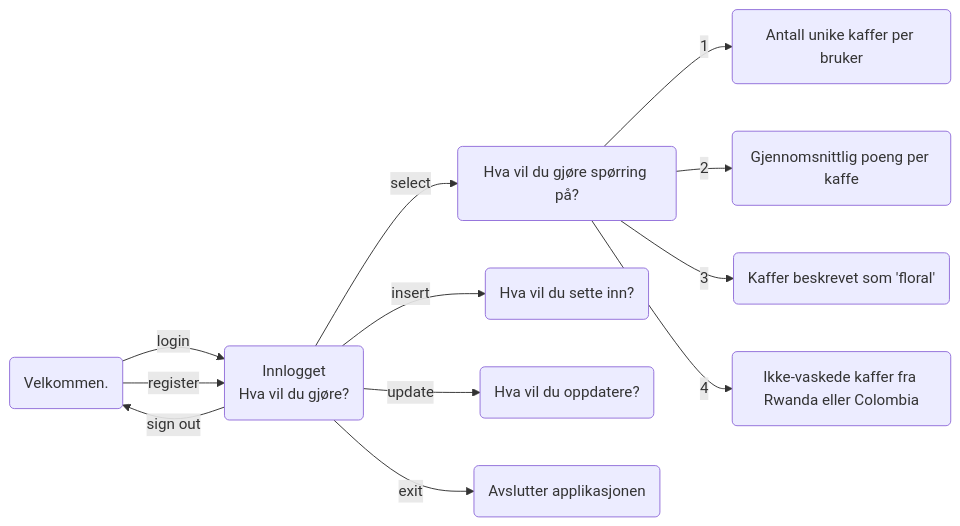
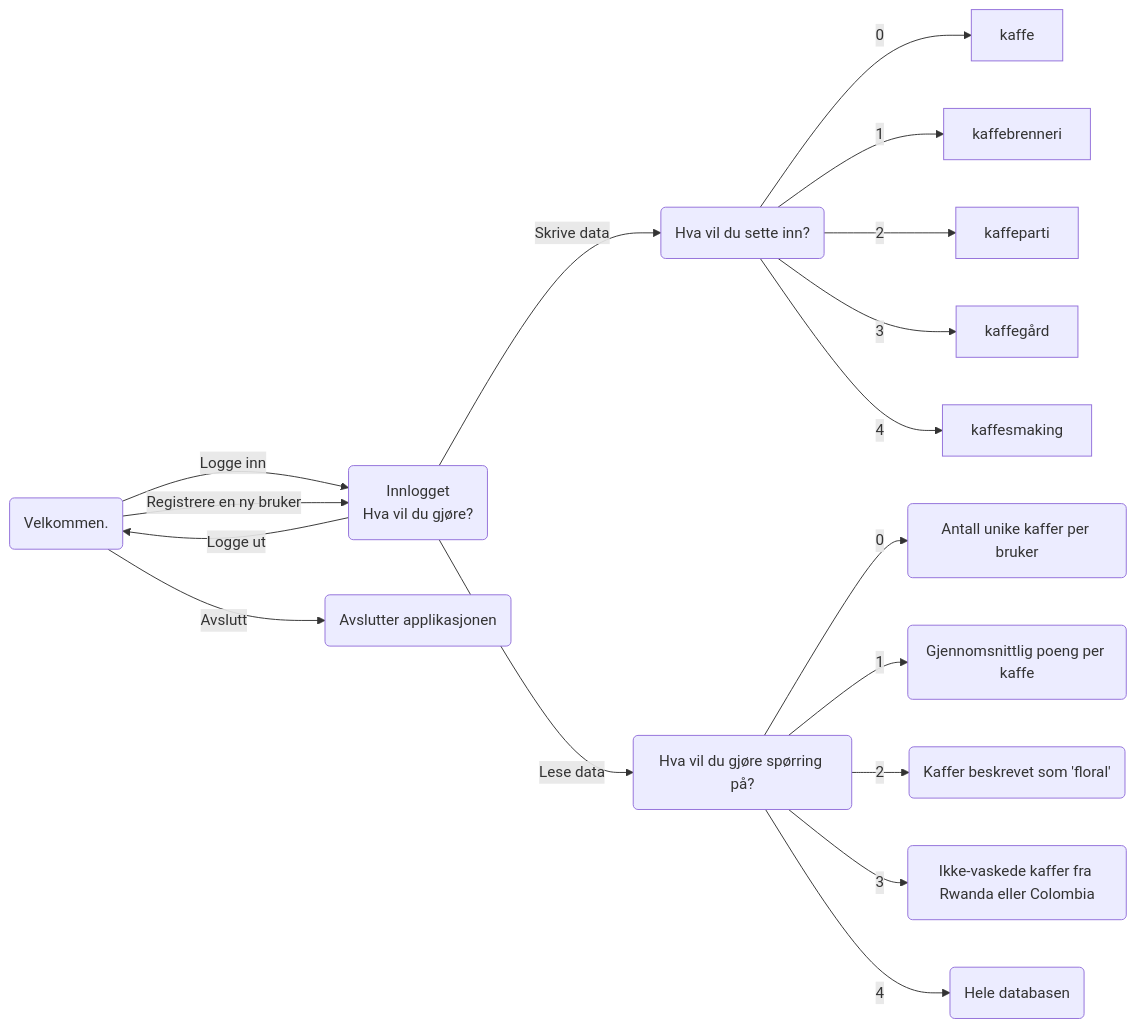
One commit to magnetenstad/TDT4145-project changed the first of 2 diagrams in db2/README.md. Above: the diagram before and after it, drawn with Mermaid. The commit also changed other lines of this file and 5 other files, not shown here.

````diff
--- a/db2/README.md
+++ b/db2/README.md
@@ -31,30 +69,37 @@
 ```mermaid
 flowchart LR
   main(Velkommen.)
 
   logged_in(Innlogget \n Hva vil du gjøre?)
   
   select(Hva vil du gjøre spørring på?)
   insert(Hva vil du sette inn?)
-  update(Hva vil du oppdatere?)
   exit(Avslutter applikasjonen)
 
   select_1(Antall unike kaffer per bruker)
   select_2(Gjennomsnittlig poeng per kaffe)
   select_3(Kaffer beskrevet som 'floral')
   select_4(Ikke-vaskede kaffer fra Rwanda eller Colombia)
+  select_5(Hele databasen)
 
-  main -->|login| logged_in
-  main -->|register| logged_in
+  main -->|Logge inn| logged_in
+  main -->|Registrere en ny bruker| logged_in
+  main -->|Avslutt| exit
 
-  logged_in -->|insert| insert
-  logged_in -->|select| select
-  logged_in -->|update| update
-  logged_in -->|exit| exit
-  logged_in -->|sign out| main
+  logged_in -->|Skrive data| insert
+  logged_in -->|Lese data| select
+  logged_in -->|Logge ut| main
 
-  select -->|1| select_1
-  select -->|2| select_2
-  select -->|3| select_3
-  select -->|4| select_4
+  select -->|0| select_1
+  select -->|1| select_2
+  select -->|2| select_3
+  select -->|3| select_4
+  select -->|4| select_5
+
+  insert --> |0| kaffe
+  insert --> |1| kaffebrenneri
+  insert --> |2| kaffeparti
+  insert --> |3| kaffegård
+  insert --> |4| kaffesmaking
+
 ```
````
